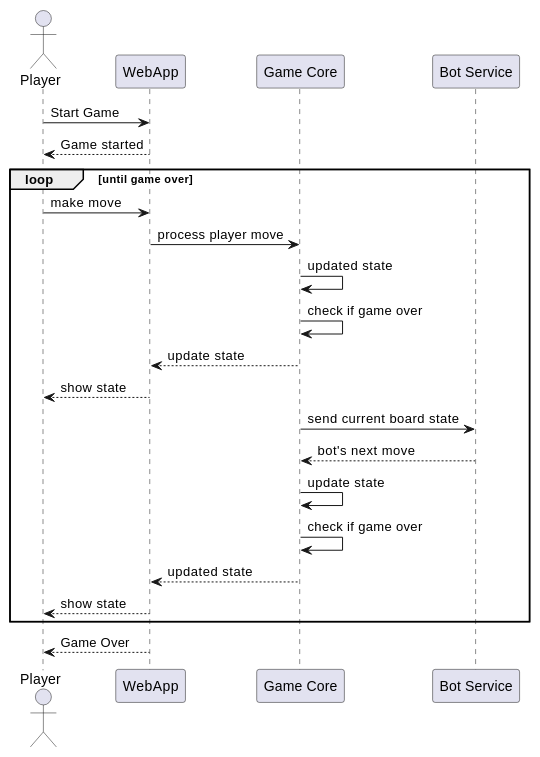
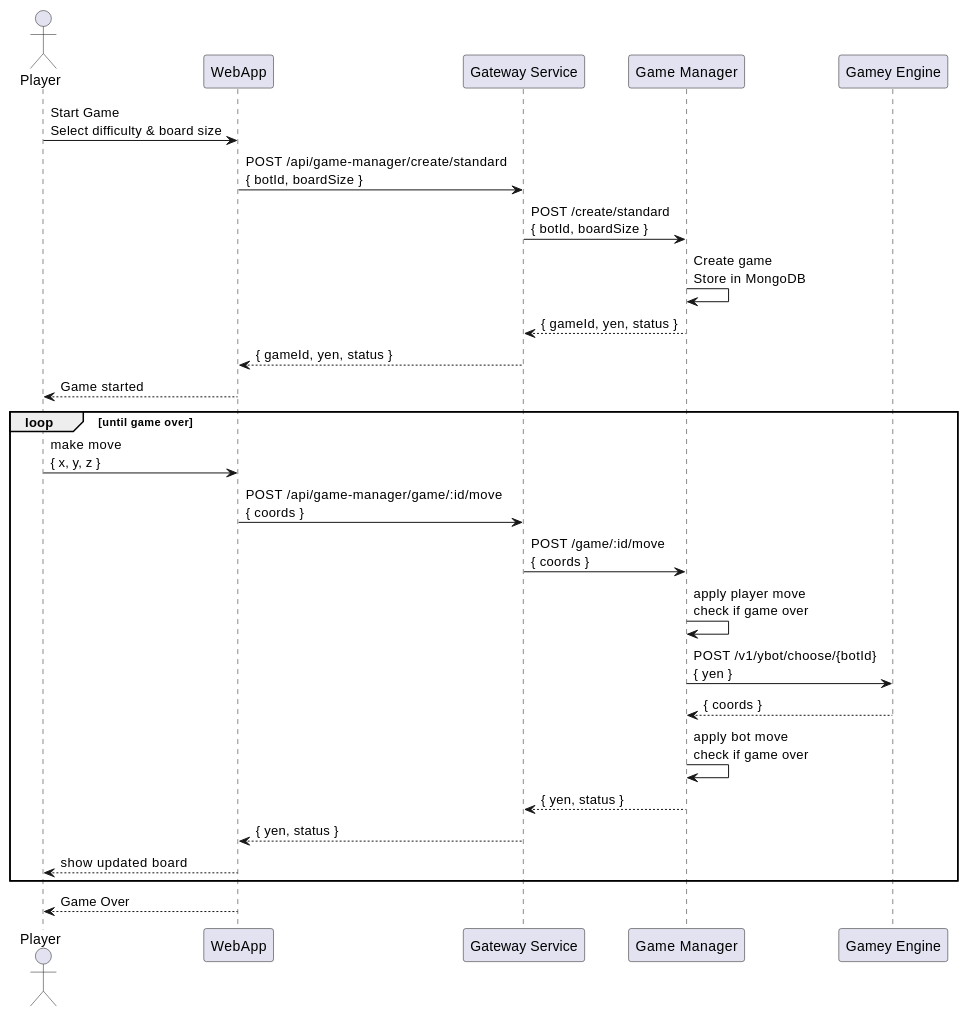
One commit to Arquisoft/yovi_en3a changed the third of 3 diagrams in docs/src/06_runtime_view.adoc. Above: the diagram before and after it, drawn with PlantUML. The commit also changed other lines of this file and 10 other files, not shown here.

```diff
--- a/docs/src/06_runtime_view.adoc
+++ b/docs/src/06_runtime_view.adoc
@@ -105,44 +107,37 @@
 [plantuml,"Sequence diagram - Game Loop ",png]
 ----
 
 actor "Player" as User
 participant "WebApp" as Web
-participant "Game Core" as GameCore
+participant "Gateway Service" as Gateway
+participant "Game Manager" as GameCore
+participant "Gamey Engine" as Bot
 
-participant "Bot Service" as Bot
-
-User -> Web : Start Game
-
-
+User -> Web : Start Game\nSelect difficulty & board size
+Web -> Gateway : POST /api/game-manager/create/standard\n{ botId, boardSize }
+Gateway -> GameCore : POST /create/standard\n{ botId, boardSize }
+GameCore -> GameCore : Create game\nStore in MongoDB
+GameCore --> Gateway : { gameId, yen, status }
+Gateway --> Web : { gameId, yen, status }
 Web --> User : Game started
 
+loop until game over
 
-loop until game over
-  
-    User -> Web : make move
-    Web -> GameCore : process player move
-    GameCore -> GameCore : updated state
+    User -> Web : make move\n{ x, y, z }
+    Web -> Gateway : POST /api/game-manager/game/:id/move\n{ coords }
+    Gateway -> GameCore : POST /game/:id/move\n{ coords }
+    GameCore -> GameCore : apply player move\ncheck if game over
 
-    GameCore -> GameCore : check if game over
-        GameCore --> Web : update state
-        Web --> User : show state
-    
+    GameCore -> Bot : POST /v1/ybot/choose/{botId}\n{ yen }
+    Bot --> GameCore : { coords }
+    GameCore -> GameCore : apply bot move\ncheck if game over
 
-   
-    GameCore -> Bot : send current board state
-    Bot --> GameCore : bot's next move
-    GameCore -> GameCore : update state
+    GameCore --> Gateway : { yen, status }
+    Gateway --> Web : { yen, status }
+    Web --> User : show updated board
 
-    GameCore -> GameCore : check if game over
-    
-
-    GameCore --> Web : updated state
-    deactivate GameCore
-
-    Web --> User : show state
 end
 
- 
 Web --> User : Game Over
 
 ----
```
